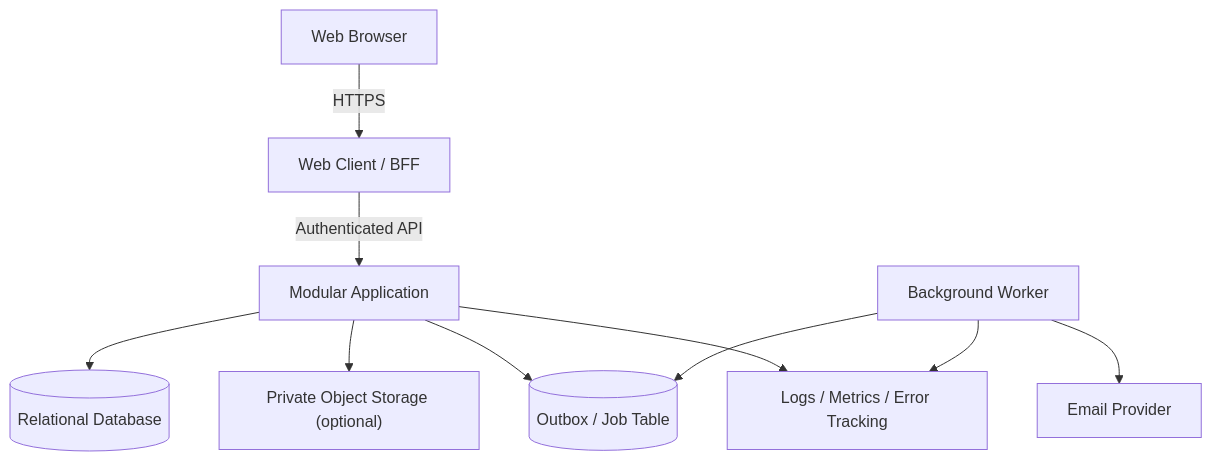
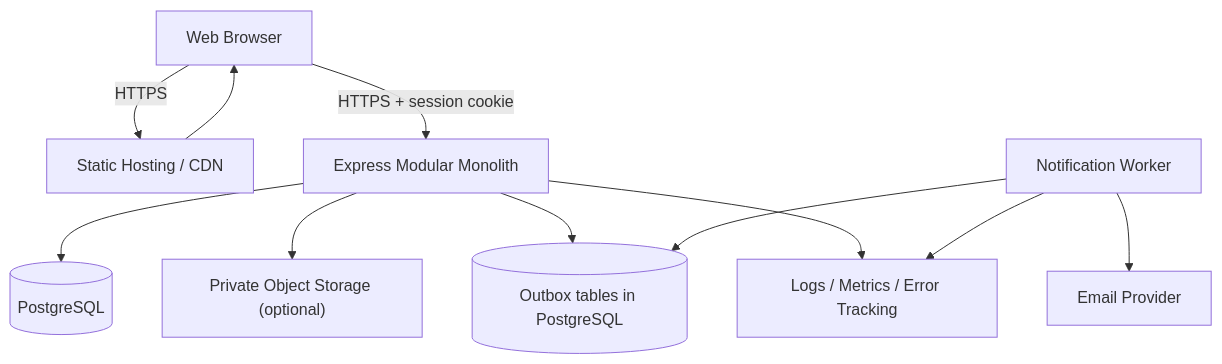
The second of 4 diagrams in docs/Project_Architecture/software_architecture.md (tnnhuaa/InterviewQuestionBank), drawn with Mermaid before and after one commit. The commit also changed other lines of this file and 3 other files, not shown here.

Commit message:
docs(architecture): define stack and reliability decisions

````diff
--- a/docs/Project_Architecture/software_architecture.md
+++ b/docs/Project_Architecture/software_architecture.md
@@ -89,12 +105,13 @@
 ```mermaid
 flowchart TB
-    Browser["Web Browser"] -->|HTTPS| WebUI["Web Client / BFF"]
-    WebUI -->|Authenticated API| App["Modular Application"]
-    App --> DB[("Relational Database")]
-    App --> Obj["Private Object Storage (optional)"]
-    App --> Outbox[("Outbox / Job Table")]
-    Worker["Background Worker"] --> Outbox
+    Browser["Web Browser"] -->|HTTPS| CDN["Static Hosting / CDN"]
+    CDN --> Browser
+    Browser -->|"HTTPS + session cookie"| API["Express Modular Monolith"]
+    API --> DB[("PostgreSQL")]
+    API --> Obj["Private Object Storage (optional)"]
+    API --> Outbox[("Outbox tables in PostgreSQL")]
+    Worker["Notification Worker"] --> Outbox
     Worker --> Email["Email Provider"]
-    App --> Obs["Logs / Metrics / Error Tracking"]
+    API --> Obs["Logs / Metrics / Error Tracking"]
     Worker --> Obs
 ```
````
